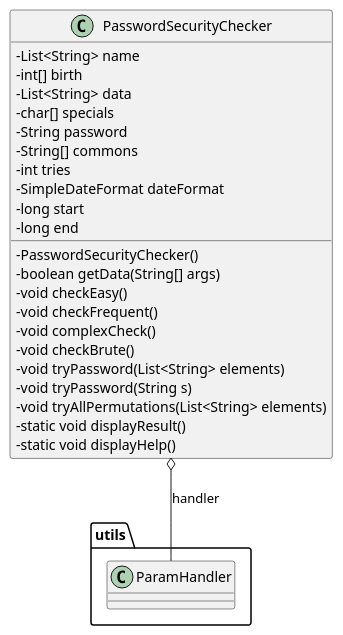
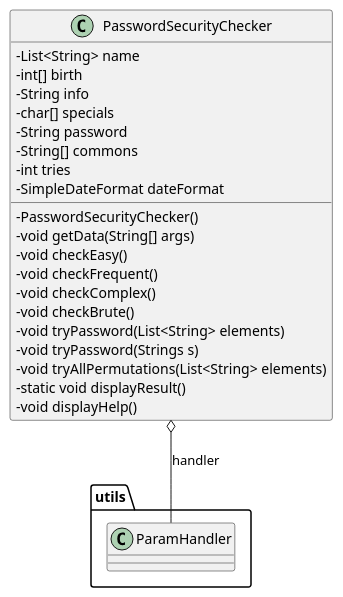
One commit to ErikPelloni/PasswordSecurityChecker changed the diagram in Documenti/PasswordSecurityChecker.puml. Above: the diagram before and after it, drawn with PlantUML.

Commit message:
cambiato uml

```diff
--- a/Documenti/PasswordSecurityChecker.puml
+++ b/Documenti/PasswordSecurityChecker.puml
@@ -1,30 +1,28 @@
 @startuml "PasswordSecurityChecker"
 skinparam classAttributeIconSize 0
 class PasswordSecurityChecker{
     - List<String> name
     - int[] birth
-    - List<String> data
+    - String info
     - char[] specials
     - String password
     - String[] commons
     - int tries
     - SimpleDateFormat dateFormat
-    - long start
-    - long end
     - PasswordSecurityChecker()
-    - boolean getData(String[] args)
+    - void getData(String[] args)
     - void checkEasy()
     - void checkFrequent()
-    - void complexCheck()
+    - void checkComplex()
     - void checkBrute()
     - void tryPassword(List<String> elements)
-    - void tryPassword(String s)
+    - void tryPassword(Strings s)
     - void tryAllPermutations(List<String> elements)
     - static void displayResult()
-    - static void displayHelp()
+    - void displayHelp()
 }
 
 class utils.ParamHandler
 
 PasswordSecurityChecker o-- utils.ParamHandler : handler
 @enduml
```
